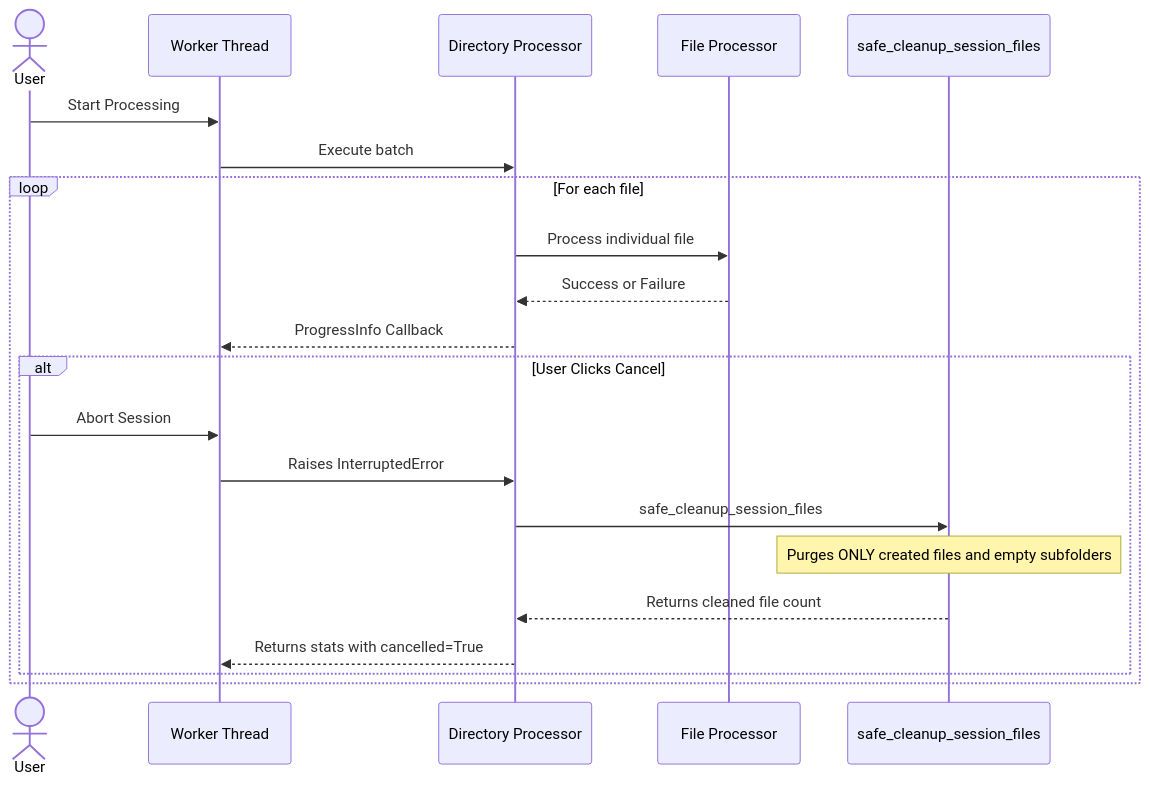
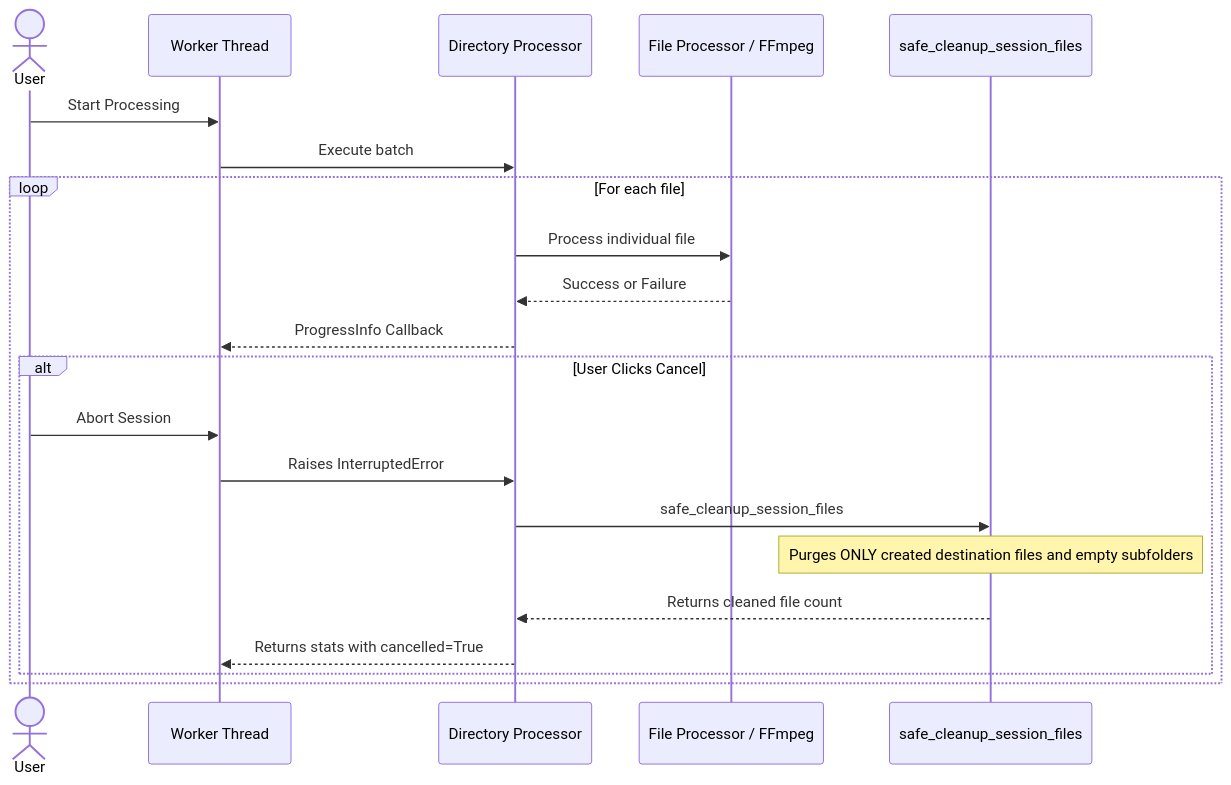
One commit to brunothinker/FallByte changed the fourth of 4 diagrams in ARCHITECTURE.md. Above: the diagram before and after it, drawn with Mermaid. The commit also changed other lines of this file and 1 other file, not shown here.

First line of the commit message:
fix(build): align binary path structure with binary manager and update architecture docs

````diff
--- a/ARCHITECTURE.md
+++ b/ARCHITECTURE.md
@@ -224,27 +262,27 @@
 ```mermaid
 sequenceDiagram
 
 actor User as User
 participant Worker as Worker Thread
 participant DirOrch as Directory Processor
-participant FileProc as File Processor
+participant FileProc as File Processor / FFmpeg
 participant Cleanup as safe_cleanup_session_files
 
 User->>Worker: Start Processing
 Worker->>DirOrch: Execute batch
 
 loop For each file
     DirOrch->>FileProc: Process individual file
     FileProc-->>DirOrch: Success or Failure
     DirOrch-->>Worker: ProgressInfo Callback
     
     alt User Clicks Cancel
         User->>Worker: Abort Session
         Worker->>DirOrch: Raises InterruptedError
         DirOrch->>Cleanup: safe_cleanup_session_files
-        Note over Cleanup: Purges ONLY created files and empty subfolders
+        Note over Cleanup: Purges ONLY created destination files and empty subfolders
         Cleanup-->>DirOrch: Returns cleaned file count
         DirOrch-->>Worker: Returns stats with cancelled=True
     end
 end
 ```
````
